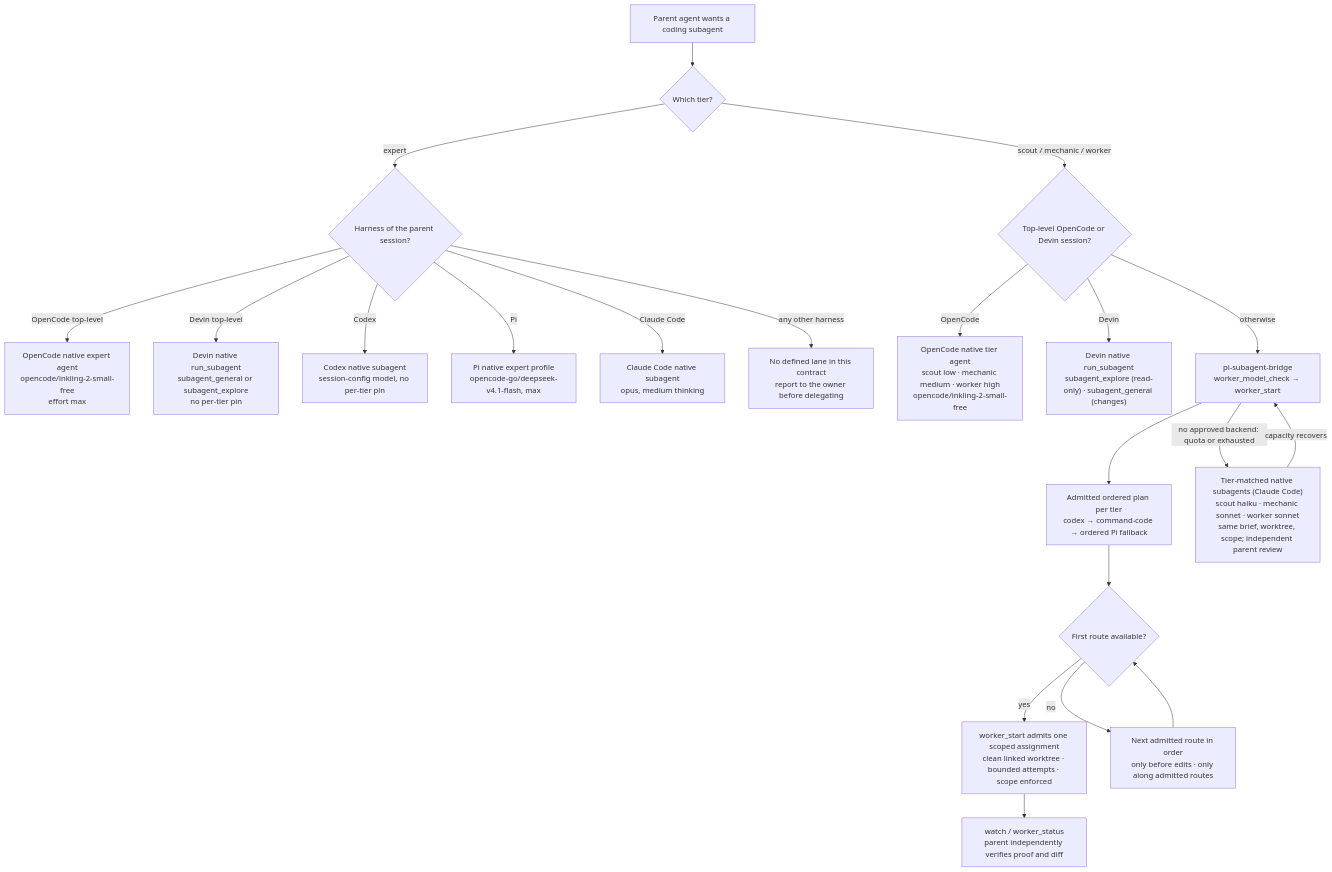
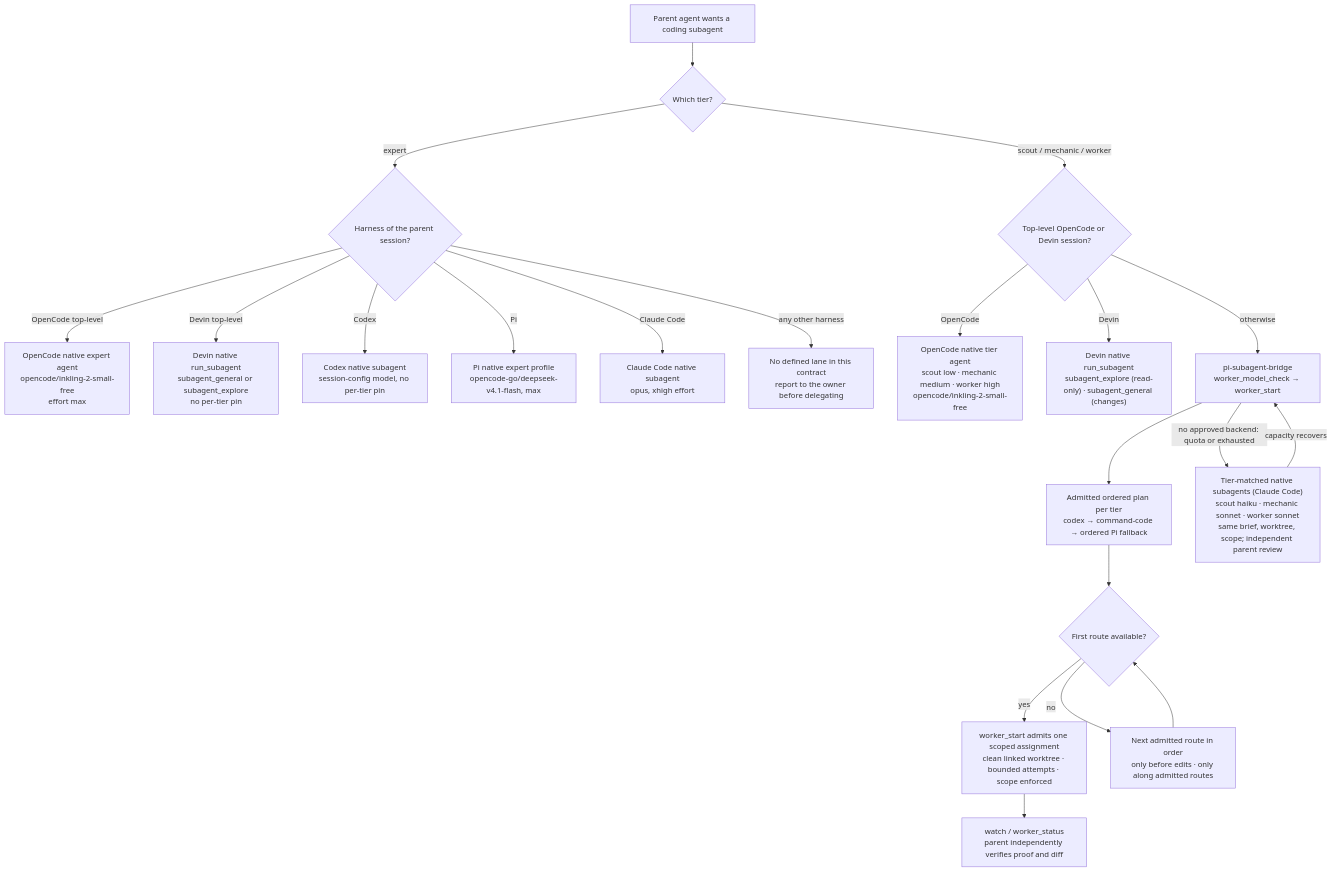
One commit to joshuarli/usr changed the diagram in docs/subagents.md. Above: the diagram before and after it, drawn with Mermaid. The commit also changed other lines of this file and 17 other files, not shown here.

````diff
--- a/docs/subagents.md
+++ b/docs/subagents.md
@@ -8,26 +8,26 @@
 ```mermaid
 flowchart TD
   start["Parent agent wants a coding subagent"] --> tier{"Which tier?"}
 
   tier -->|expert| harness{"Harness of the parent session?"}
   harness -->|OpenCode top-level| oc_exp["OpenCode native expert agent<br/>opencode/inkling-2-small-free<br/>effort max"]
   harness -->|Devin top-level| dv_exp["Devin native run_subagent<br/>subagent_general or subagent_explore<br/>no per-tier pin"]
   harness -->|Codex| cx_exp["Codex native subagent<br/>session-config model, no per-tier pin"]
   harness -->|Pi| pi_exp["Pi native expert profile<br/>opencode-go/deepseek-v4.1-flash, max"]
-  harness -->|Claude Code| cc_exp["Claude Code native subagent<br/>opus, medium thinking"]
+  harness -->|Claude Code| cc_exp["Claude Code native subagent<br/>opus, xhigh effort"]
   harness -->|any other harness| other["No defined lane in this contract<br/>report to the owner before delegating"]
 
   tier -->|scout / mechanic / worker| cwd{"Top-level OpenCode or Devin session?"}
   cwd -->|OpenCode| oc["OpenCode native tier agent<br/>scout low · mechanic medium · worker high<br/>opencode/inkling-2-small-free"]
   cwd -->|Devin| dv["Devin native run_subagent<br/>subagent_explore (read-only) · subagent_general (changes)"]
   cwd -->|otherwise| bridge["pi-subagent-bridge<br/>worker_model_check → worker_start"]
 
   bridge --> plan["Admitted ordered plan per tier<br/>codex → command-code → ordered Pi fallback"]
   plan --> fallback{"First route available?"}
   fallback -->|yes| admitted["worker_start admits one scoped assignment<br/>clean linked worktree · bounded attempts · scope enforced"]
   fallback -->|no| next["Next admitted route in order<br/>only before edits · only along admitted routes"]
   next --> fallback
   admitted --> watch["watch / worker_status<br/>parent independently verifies proof and diff"]
   bridge -->|no approved backend: quota or exhausted| native["Tier-matched native subagents (Claude Code)<br/>scout haiku · mechanic sonnet · worker sonnet<br/>same brief, worktree, scope; independent parent review"]
   native -->|capacity recovers| bridge
 ```
````
